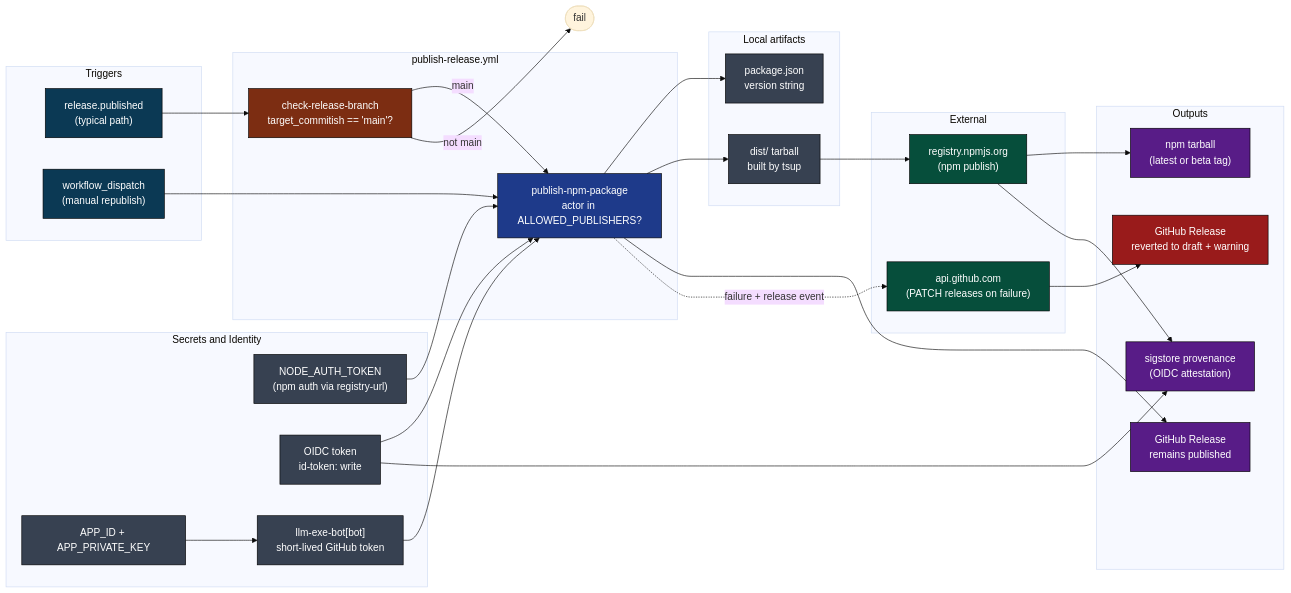
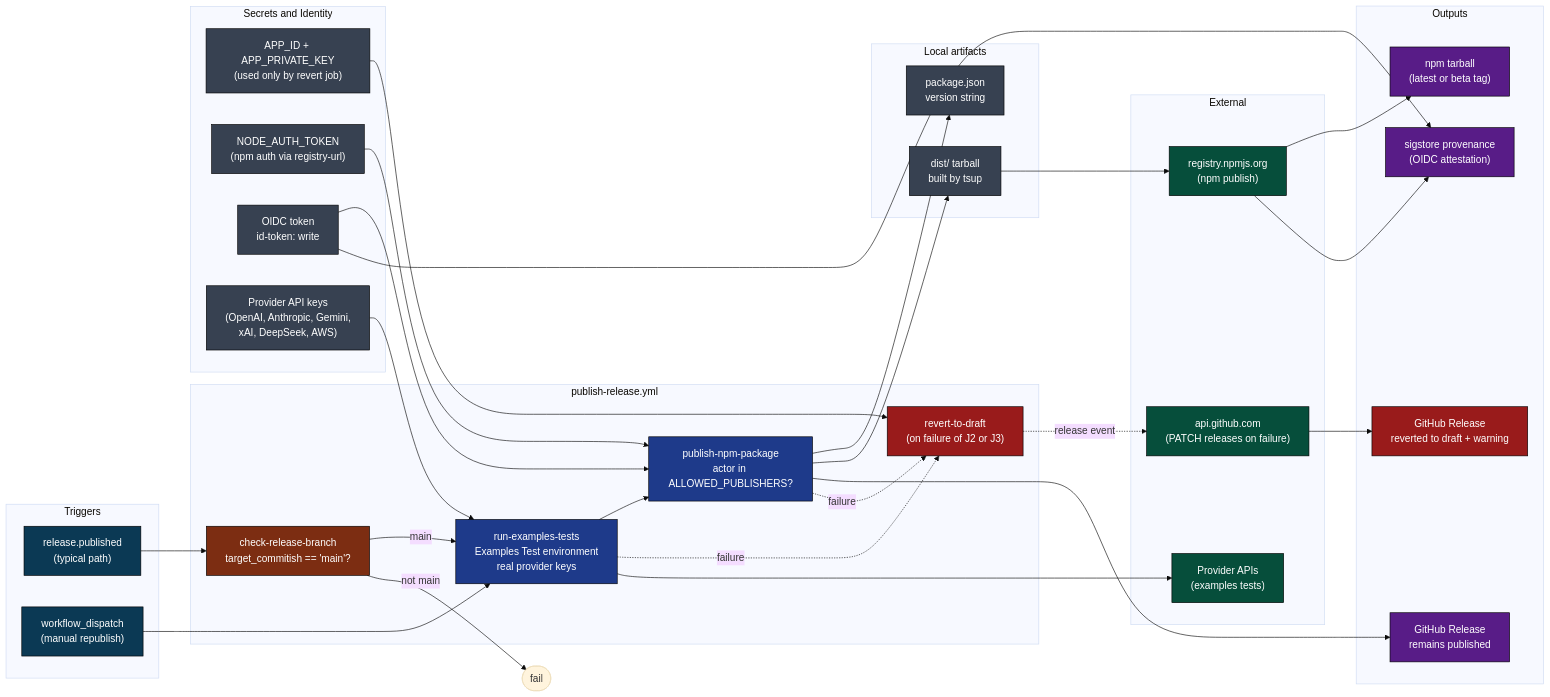
Before and after one commit to gregreindel/llm-exe: the first of 12 diagrams in .github/docs/PUBLISH_RELEASE_DEEP_DIVE.md, drawn with Mermaid (base theme). The commit also changed other lines of this file and 2 other files, not shown here.

First line of the commit message:
docs: sync PUBLISH_RELEASE_DEEP_DIVE after publish-release.yml restructure

````diff
--- a/.github/docs/PUBLISH_RELEASE_DEEP_DIVE.md
+++ b/.github/docs/PUBLISH_RELEASE_DEEP_DIVE.md
@@ -28,62 +28,69 @@
 ```mermaid
 flowchart LR
     classDef trig fill:#0b3954,color:#fff,stroke:#000
     classDef gate fill:#7c2d12,color:#fff,stroke:#000
     classDef job fill:#1e3a8a,color:#fff,stroke:#000
     classDef ext fill:#064e3b,color:#fff,stroke:#000
     classDef file fill:#374151,color:#fff,stroke:#000
     classDef out fill:#581c87,color:#fff,stroke:#000
     classDef bad fill:#991b1b,color:#fff,stroke:#000
 
     subgraph T["Triggers"]
         t1["release.published\n(typical path)"]:::trig
         t2["workflow_dispatch\n(manual republish)"]:::trig
     end
 
     subgraph W["publish-release.yml"]
         J1["check-release-branch\ntarget_commitish == 'main'?"]:::gate
-        J2["publish-npm-package\nactor in ALLOWED_PUBLISHERS?"]:::job
+        J2["run-examples-tests\nExamples Test environment\nreal provider keys"]:::job
+        J3["publish-npm-package\nactor in ALLOWED_PUBLISHERS?"]:::job
+        J4["revert-to-draft\n(on failure of J2 or J3)"]:::bad
     end
 
     subgraph S["Secrets and Identity"]
-        s1["APP_ID + APP_PRIVATE_KEY"]:::file
+        s1["APP_ID + APP_PRIVATE_KEY\n(used only by revert job)"]:::file
         s2["NODE_AUTH_TOKEN\n(npm auth via registry-url)"]:::file
         s3["OIDC token\nid-token: write"]:::file
-        bot["llm-exe-bot[bot]\nshort-lived GitHub token"]:::file
+        s4["Provider API keys\n(OpenAI, Anthropic, Gemini,\nxAI, DeepSeek, AWS)"]:::file
     end
 
     subgraph F["Local artifacts"]
         pkg["package.json\nversion string"]:::file
         dist["dist/ tarball\nbuilt by tsup"]:::file
     end
 
     subgraph X["External"]
         npm["registry.npmjs.org\n(npm publish)"]:::ext
         gh["api.github.com\n(PATCH releases on failure)"]:::ext
+        prov["Provider APIs\n(examples tests)"]:::ext
     end
 
     subgraph O["Outputs"]
         ok["npm tarball\n(latest or beta tag)"]:::out
-        prov["sigstore provenance\n(OIDC attestation)"]:::out
+        provA["sigstore provenance\n(OIDC attestation)"]:::out
         rel["GitHub Release\nremains published"]:::out
         bad1["GitHub Release\nreverted to draft + warning"]:::bad
     end
 
     t1 --> J1
     t2 --> J2
     J1 -->|main| J2
     J1 -->|not main| stop1([fail])
-    s1 --> bot
-    bot --> J2
-    s2 --> J2
-    s3 --> J2
-    J2 --> pkg
-    J2 --> dist
+    s4 --> J2
+    J2 --> J3
+    s2 --> J3
+    s3 --> J3
+    J3 --> pkg
+    J3 --> dist
     dist --> npm
     npm --> ok
-    s3 --> prov
-    npm --> prov
-    J2 --> rel
-    J2 -.failure + release event.-> gh
+    s3 --> provA
+    npm --> provA
+    J3 --> rel
+    J2 -.failure.-> J4
+    J3 -.failure.-> J4
+    s1 --> J4
+    J4 -.release event.-> gh
     gh --> bad1
+    J2 --> prov
 ```
````
